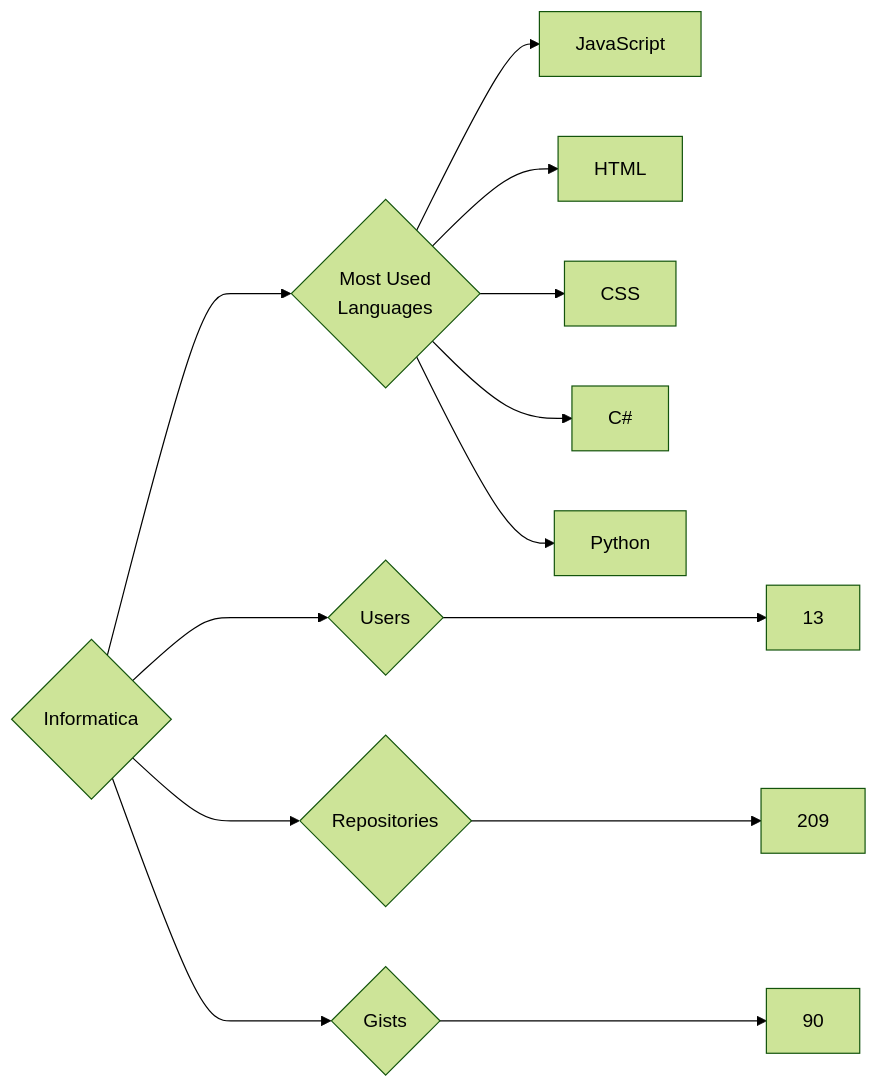
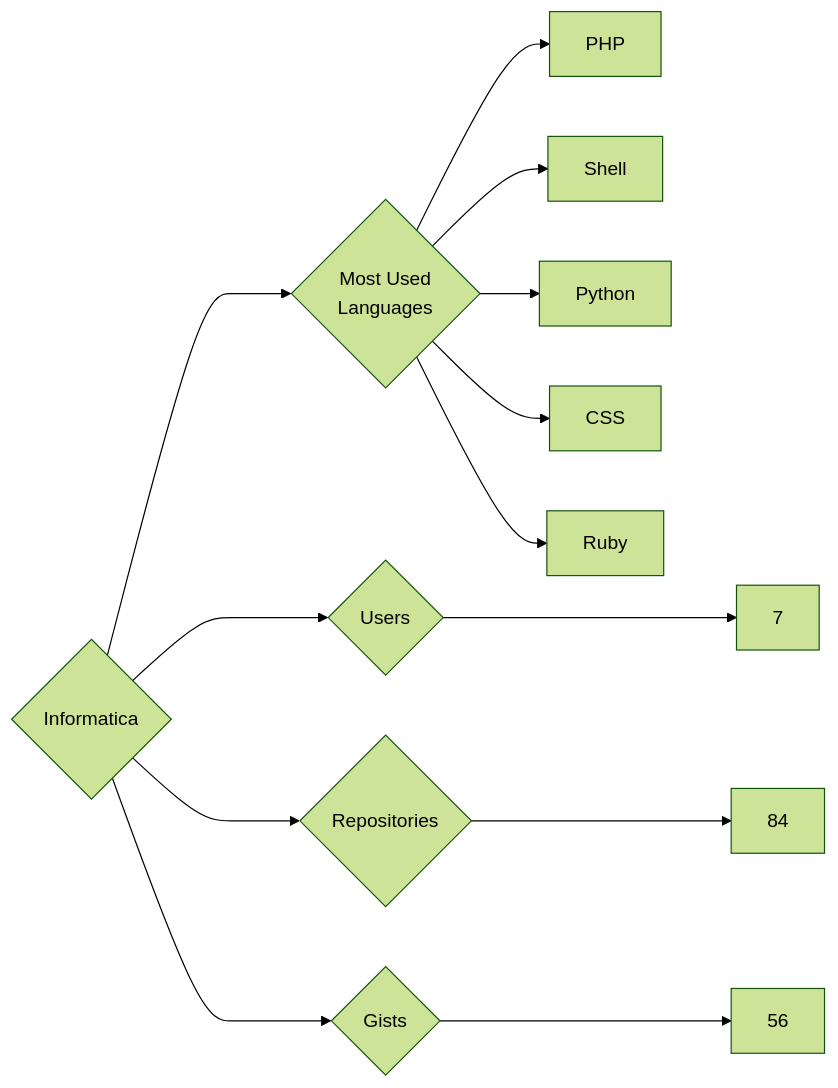
The diagram in targets/Informatica/README.md (trickest/insiders), drawn with Mermaid (forest theme) before and after one commit. The commit also changed 933 other files, not shown here.

````diff
--- a/targets/Informatica/README.md
+++ b/targets/Informatica/README.md
@@ -3,13 +3,13 @@
 ```mermaid
 graph LR
 COMPANY_NAME{Informatica}
-COMPANY_NAME ---> U{Users} ---> UN[13]
-COMPANY_NAME ---> R{Repositories} ---> RN[209]
-COMPANY_NAME ---> G{Gists} ---> GN[90]
+COMPANY_NAME ---> U{Users} ---> UN[7]
+COMPANY_NAME ---> R{Repositories} ---> RN[84]
+COMPANY_NAME ---> G{Gists} ---> GN[56]
 COMPANY_NAME ---> ML{Most Used<br>Languages}
-ML --> JavaScript[JavaScript]
-ML --> HTML[HTML]
+ML --> PHP[PHP]
+ML --> Shell[Shell]
+ML --> Python[Python]
 ML --> CSS[CSS]
-ML --> C#[C#]
-ML --> Python[Python]
+ML --> Ruby[Ruby]
 ```
````
